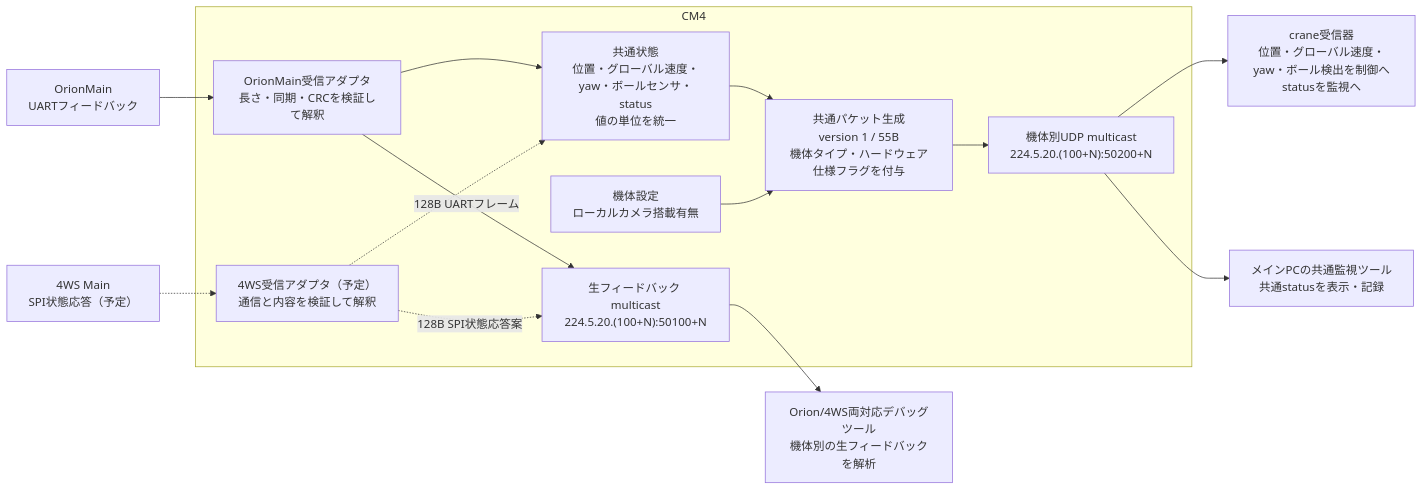
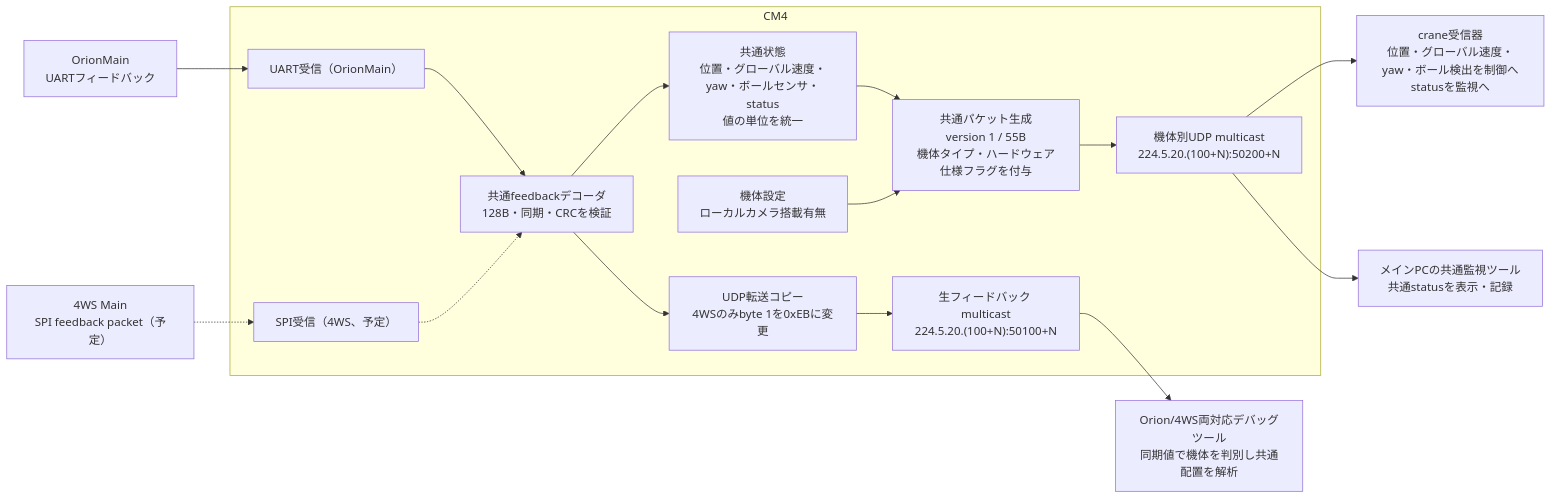
The diagram in doc/cm4_status_packet_proposal.md (ibis-ssl/Orion_CM4), drawn with Mermaid before and after one commit. The commit also changed other lines of this file and 13 other files, not shown here.

````diff
--- a/doc/cm4_status_packet_proposal.md
+++ b/doc/cm4_status_packet_proposal.md
@@ -11,28 +11,30 @@
 ```mermaid
 flowchart LR
     orion_main["OrionMain<br/>UARTフィードバック"]
-    ws["4WS Main<br/>SPI状態応答（予定）"]
+    ws["4WS Main<br/>SPI feedback packet（予定）"]
 
     subgraph cm4["CM4"]
         hw["機体設定<br/>ローカルカメラ搭載有無"]
-        orion_adapter["OrionMain受信アダプタ<br/>長さ・同期・CRCを検証して解釈"]
-        ws_adapter["4WS受信アダプタ（予定）<br/>通信と内容を検証して解釈"]
+        orion_adapter["UART受信（OrionMain）"]
+        ws_adapter["SPI受信（4WS、予定）"]
+        decode["共通feedbackデコーダ<br/>128B・同期・CRCを検証"]
+        raw_type["UDP転送コピー<br/>4WSのみbyte 1を0xEBに変更"]
         common["共通状態<br/>位置・グローバル速度・yaw・ボールセンサ・status<br/>値の単位を統一"]
         serialize["共通パケット生成<br/>version 1 / 55B<br/>機体タイプ・ハードウェア仕様フラグを付与"]
         multicast["機体別UDP multicast<br/>224.5.20.(100+N):50200+N"]
         raw_multicast["生フィードバック multicast<br/>224.5.20.(100+N):50100+N"]
-        orion_adapter --> common
-        ws_adapter -.-> common
-        orion_adapter -->|"128B UARTフレーム"| raw_multicast
-        ws_adapter -.->|"128B SPI状態応答案"| raw_multicast
+        orion_adapter --> decode
+        ws_adapter -.-> decode
+        decode --> common
+        decode --> raw_type --> raw_multicast
         common --> serialize
         hw --> serialize
         serialize --> multicast
     end
 
     orion_main --> orion_adapter
     ws -.-> ws_adapter
     multicast --> crane["crane受信器<br/>位置・グローバル速度・yaw・ボール検出を制御へ<br/>statusを監視へ"]
     multicast --> pc["メインPCの共通監視ツール<br/>共通statusを表示・記録"]
-    raw_multicast --> debug["Orion/4WS両対応デバッグツール<br/>機体別の生フィードバックを解析"]
+    raw_multicast --> debug["Orion/4WS両対応デバッグツール<br/>同期値で機体を判別し共通配置を解析"]
 ```
````
